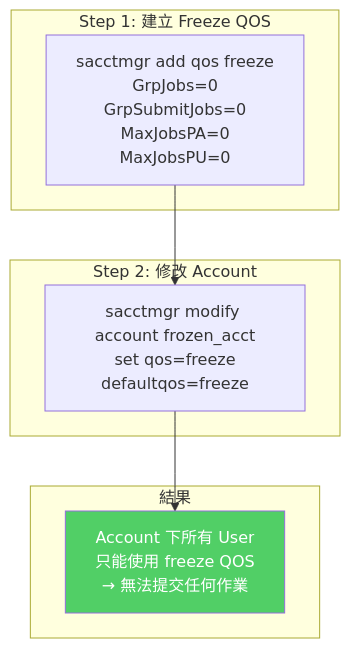
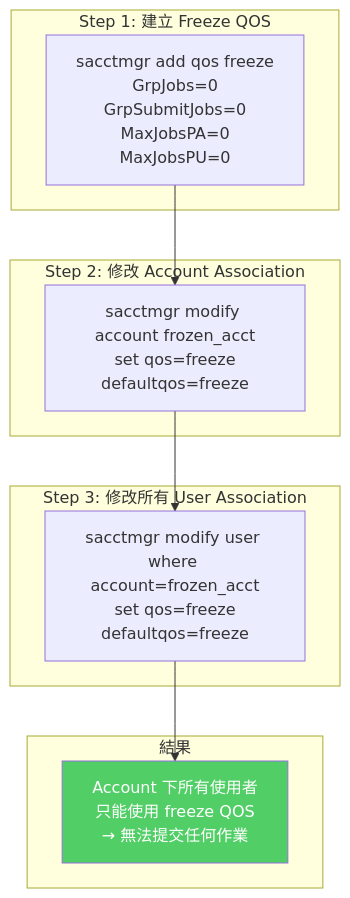
Before and after one commit to pichiu/slurm: the tenth of 12 diagrams in _bmad-output/project-planning-artifacts/slurm-qos-freeze-account-guide.md, drawn with Mermaid. The commit also changed other lines of this file, not shown here.

Commit message:
[#1] 確認 REST API 是否支援建立 Freeze QOS

````diff
--- a/_bmad-output/project-planning-artifacts/slurm-qos-freeze-account-guide.md
+++ b/_bmad-output/project-planning-artifacts/slurm-qos-freeze-account-guide.md
@@ -472,18 +510,22 @@
 ```mermaid
 flowchart TD
     subgraph "Step 1: 建立 Freeze QOS"
         S1["sacctmgr add qos freeze<br/>GrpJobs=0<br/>GrpSubmitJobs=0<br/>MaxJobsPA=0<br/>MaxJobsPU=0"]
     end
 
-    subgraph "Step 2: 修改 Account"
+    subgraph "Step 2: 修改 Account Association"
         S2["sacctmgr modify account frozen_acct<br/>set qos=freeze<br/>defaultqos=freeze"]
     end
 
-    subgraph "結果"
-        R["Account 下所有 User<br/>只能使用 freeze QOS<br/>→ 無法提交任何作業"]
+    subgraph "Step 3: 修改所有 User Association"
+        S3["sacctmgr modify user where account=frozen_acct<br/>set qos=freeze<br/>defaultqos=freeze"]
     end
 
-    S1 --> S2 --> R
+    subgraph "結果"
+        R["Account 下所有使用者<br/>只能使用 freeze QOS<br/>→ 無法提交任何作業"]
+    end
+
+    S1 --> S2 --> S3 --> R
 
     style R fill:#51cf66,color:#fff
 ```
````
